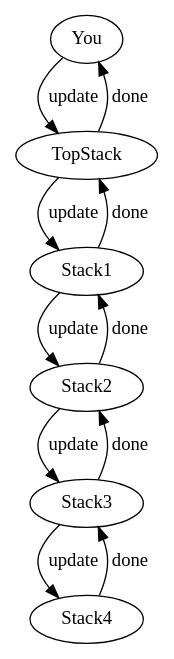
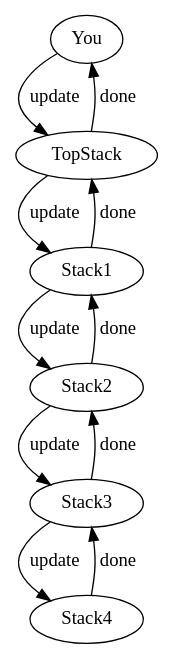
The diagram in graphs/deep.dot (brabster/talk-cloudformation-intro), drawn with Graphviz before and after one commit. The commit also changed 36 other files, not shown here.

```diff
--- a/graphs/deep.dot
+++ b/graphs/deep.dot
@@ -1,12 +1,12 @@
-digraph G {
+digraph G { nodesep=0.5
   You -> TopStack[label="update"]
   TopStack -> Stack1[label="update"]
   Stack1 -> TopStack[label="done"]
   Stack1 -> Stack2[label="update"]
   Stack2 -> Stack1[label="done"]
   Stack2 -> Stack3[label="update"]
   Stack3 -> Stack2[label="done"]
   Stack3 -> Stack4[label="update"]
   Stack4 -> Stack3[label="done"]
   TopStack -> You[label="done"]
 }
```
